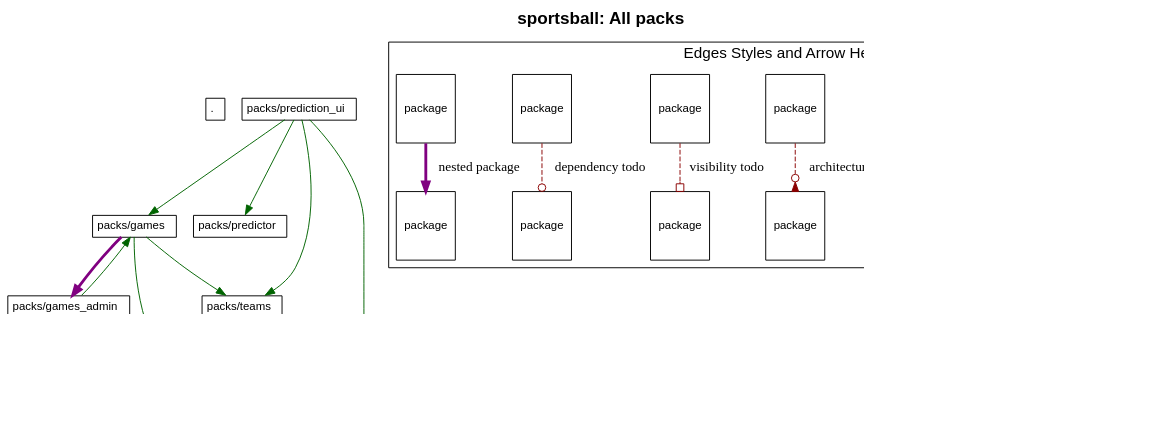
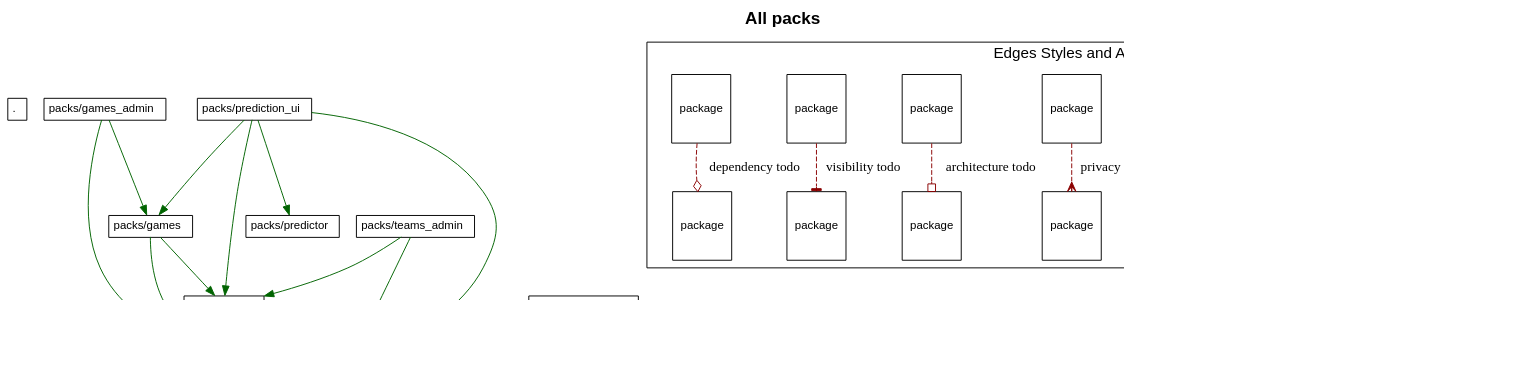
Before and after one commit to shageman/package-based-rails-applications-book: the diagram in c2s07/sportsball/diagrams/all_packs.dot, drawn with Graphviz. The commit also changed 6963 other files, not shown here.

```diff
--- a/c2s07/sportsball/diagrams/all_packs.dot
+++ b/c2s07/sportsball/diagrams/all_packs.dot
@@ -1,152 +1,156 @@
 digraph package_diagram {
   rankdir=TD
   graph [
     labelloc="t"
     fontname="Helvetica,Arial,sans-serif"
     dpi=100
     layout=dot
-    label=<<b>sportsball: All packs</b>>
+    label=<<b>All packs</b>>
     fontsize=18
   ]
   node [
     fontname="Helvetica,Arial,sans-serif"
     fontsize=26.0
     fontcolor=black
     fillcolor=white
     color=black
     height=1.0
     style=filled
     shape=plain
   ]
     subgraph NotInLayer {
       shape=box
       color=darkgrey
       fillcolor=lightblue
       style=filled
         cluster=false
         "." [
             fontsize=12.0
             label= <
                 <table border='0' cellborder='1' cellspacing='0' cellpadding='4'>
                   <tr> <td align='left'> . </td> </tr>
                 </table>
               >
           ]
         
         "packs/games" [
             fontsize=12.0
             label= <
                 <table border='0' cellborder='1' cellspacing='0' cellpadding='4'>
                   <tr> <td align='left'> packs/games </td> </tr>
                 </table>
               >
           ]
         
         "packs/games_admin" [
             fontsize=12.0
             label= <
                 <table border='0' cellborder='1' cellspacing='0' cellpadding='4'>
                   <tr> <td align='left'> packs/games_admin </td> </tr>
                 </table>
               >
           ]
         
         "packs/prediction_ui" [
             fontsize=12.0
             label= <
                 <table border='0' cellborder='1' cellspacing='0' cellpadding='4'>
                   <tr> <td align='left'> packs/prediction_ui </td> </tr>
                 </table>
               >
           ]
         
         "packs/predictor" [
             fontsize=12.0
             label= <
                 <table border='0' cellborder='1' cellspacing='0' cellpadding='4'>
                   <tr> <td align='left'> packs/predictor </td> </tr>
                 </table>
               >
           ]
         
         "packs/rails_shims" [
             fontsize=12.0
             label= <
                 <table border='0' cellborder='1' cellspacing='0' cellpadding='4'>
                   <tr> <td align='left'> packs/rails_shims </td> </tr>
                 </table>
               >
           ]
         
         "packs/teams" [
             fontsize=12.0
             label= <
                 <table border='0' cellborder='1' cellspacing='0' cellpadding='4'>
                   <tr> <td align='left'> packs/teams </td> </tr>
                 </table>
               >
           ]
         
         "packs/teams_admin" [
             fontsize=12.0
             label= <
                 <table border='0' cellborder='1' cellspacing='0' cellpadding='4'>
                   <tr> <td align='left'> packs/teams_admin </td> </tr>
                 </table>
               >
           ]
         
         "packs/welcome_ui" [
             fontsize=12.0
             label= <
                 <table border='0' cellborder='1' cellspacing='0' cellpadding='4'>
                   <tr> <td align='left'> packs/welcome_ui </td> </tr>
                 </table>
               >
           ]
         
     }
           "packs/games" -> "packs/rails_shims" [ color=darkgreen ]
           "packs/games" -> "packs/teams" [ color=darkgreen ]
           "packs/games_admin" -> "packs/games" [ color=darkgreen ]
           "packs/games_admin" -> "packs/rails_shims" [ color=darkgreen ]
           "packs/prediction_ui" -> "packs/games" [ color=darkgreen ]
           "packs/prediction_ui" -> "packs/predictor" [ color=darkgreen ]
           "packs/prediction_ui" -> "packs/rails_shims" [ color=darkgreen ]
           "packs/prediction_ui" -> "packs/teams" [ color=darkgreen ]
           "packs/teams" -> "packs/rails_shims" [ color=darkgreen ]
           "packs/teams_admin" -> "packs/rails_shims" [ color=darkgreen ]
           "packs/teams_admin" -> "packs/teams" [ color=darkgreen ]
           "packs/welcome_ui" -> "packs/rails_shims" [ color=darkgreen ]
-        "packs/games" -> "packs/games_admin" [ color=purple penwidth=3 ]
-        "packs/teams" -> "packs/teams_admin" [ color=purple penwidth=3 ]
-  subgraph cluster_legend {
-    fontsize=16
-    label="Edges Styles and Arrow Heads"
-    A [ fontsize=12 shape=box label="package"]
-    B [ fontsize=12 shape=box label="package"]
-    C [ fontsize=12 shape=box label="package"]
-    D [ fontsize=12 shape=box label="package"]
-    E [ fontsize=12 shape=box label="package"]
-    F [ fontsize=12 shape=box label="package"]
-    G [ fontsize=12 shape=box label="package"]
-    H [ fontsize=12 shape=box label="package"]
-    I [ fontsize=12 shape=box label="package"]
-    J [ fontsize=12 shape=box label="package"]
-    K [ fontsize=12 shape=box label="package"]
-    L [ fontsize=12 shape=box label="package"]
-    A -> B [label="accepted dependency" color=darkgreen]
-    C -> D [label="privac todo" color=darkred style=dashed arrowhead=crow]
-    E -> F [label="architecture todo" color=darkred style=dashed arrowhead=invodot]
-    G -> H [label="visibility todo" color=darkred style=dashed arrowhead=obox]
-    I -> J [label="dependency todo" color=darkred style=dashed arrowhead=odot]
-    K -> L [label="nested package" color=purple penwidth=3]
-  }
+    subgraph cluster_legend {
+      fontsize=16
+      label="Edges Styles and Arrow Heads"
+      A [ fontsize=12 shape=box label="package"]
+      B [ fontsize=12 shape=box label="package"]
+      A -> B [label="accepted dependency" color=darkgreen]
+      K [ fontsize=12 shape=box label="package"]
+      L [ fontsize=12 shape=box label="package"]
+      K -> L [label="nested package" color=purple]
+      M [ fontsize=12 shape=box label="package"]
+      N [ fontsize=12 shape=box label="package"]
+      M -> N [label="visibile to" color=blue]
+      C [ fontsize=12 shape=box label="package"]
+      D [ fontsize=12 shape=box label="package"]
+      C -> D [label="privacy todo" color=darkred style=dashed arrowhead=crow]
+      E [ fontsize=12 shape=box label="package"]
+      F [ fontsize=12 shape=box label="package"]
+      E -> F [label="architecture todo" color=darkred style=dashed arrowhead=obox]
+      G [ fontsize=12 shape=box label="package"]
+      H [ fontsize=12 shape=box label="package"]
+      G -> H [label="visibility todo" color=darkred style=dashed arrowhead=tee]
+      I [ fontsize=12 shape=box label="package"]
+      J [ fontsize=12 shape=box label="package"]
+      I -> J [label="dependency todo" color=darkred style=dashed arrowhead=odiamond]
+      LEGEND_NODE_1 [ label="" peripheries=0 height=0 width=0 style=invis ]
+      LEGEND_NODE_2 [ label="" peripheries=0 height=0 width=0 style=invis ]
+      LEGEND_NODE_1 -> LEGEND_NODE_2 [ style=invis ]
+    }
   subgraph cluster_teams_legend {
     fontsize=16
     label="Team Colors"
 
 
   }
-  J -> "" [style=invis]
+    LEGEND_NODE_2 -> "" [style=invis]
 }
```
